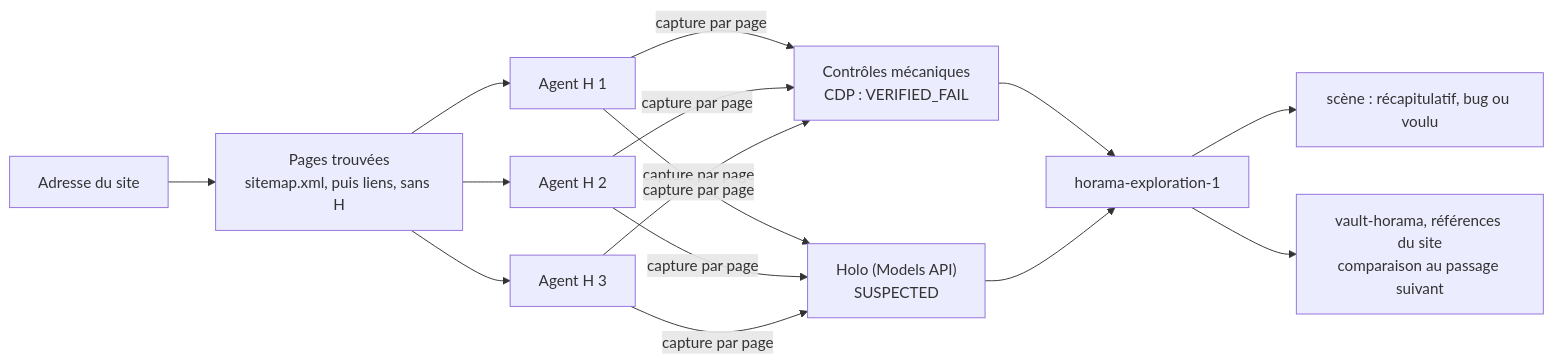
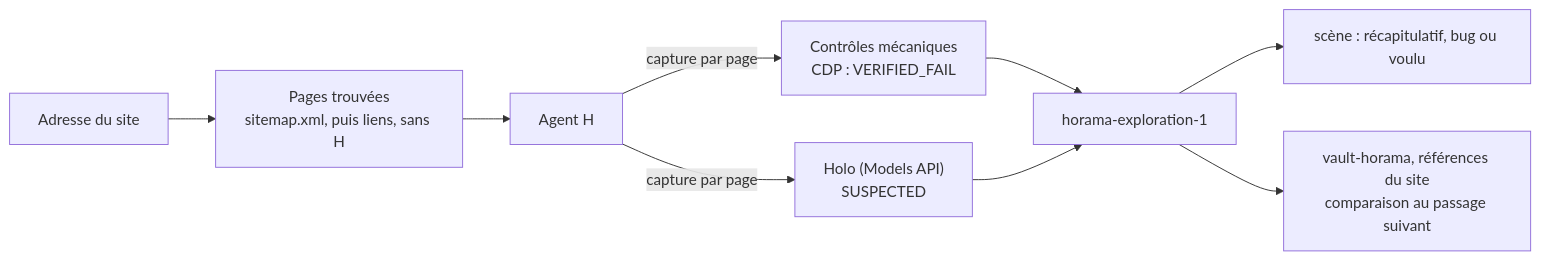
The third of 3 diagrams in README.md (Hisseiny/Horama-), drawn with Mermaid before and after one commit. The commit also changed other lines of this file and 6 other files, not shown here.

````diff
--- a/README.md
+++ b/README.md
@@ -129,12 +129,10 @@
 ```mermaid
 flowchart LR
   U["Adresse du site"] --> P["Pages trouvées<br/>sitemap.xml, puis liens, sans H"]
-  P --> A1["Agent H 1"]
-  P --> A2["Agent H 2"]
-  P --> A3["Agent H 3"]
-  A1 & A2 & A3 -->|capture par page| M["Contrôles mécaniques<br/>CDP : VERIFIED_FAIL"]
-  A1 & A2 & A3 -->|capture par page| HO["Holo (Models API)<br/>SUSPECTED"]
+  P --> A1["Agent H"]
+  A1 -->|capture par page| M["Contrôles mécaniques<br/>CDP : VERIFIED_FAIL"]
+  A1 -->|capture par page| HO["Holo (Models API)<br/>SUSPECTED"]
   M & HO --> X["horama-exploration-1"]
   X --> SC["scène : récapitulatif, bug ou voulu"]
   X --> REF["vault-horama, références du site<br/>comparaison au passage suivant"]
 ```
````
